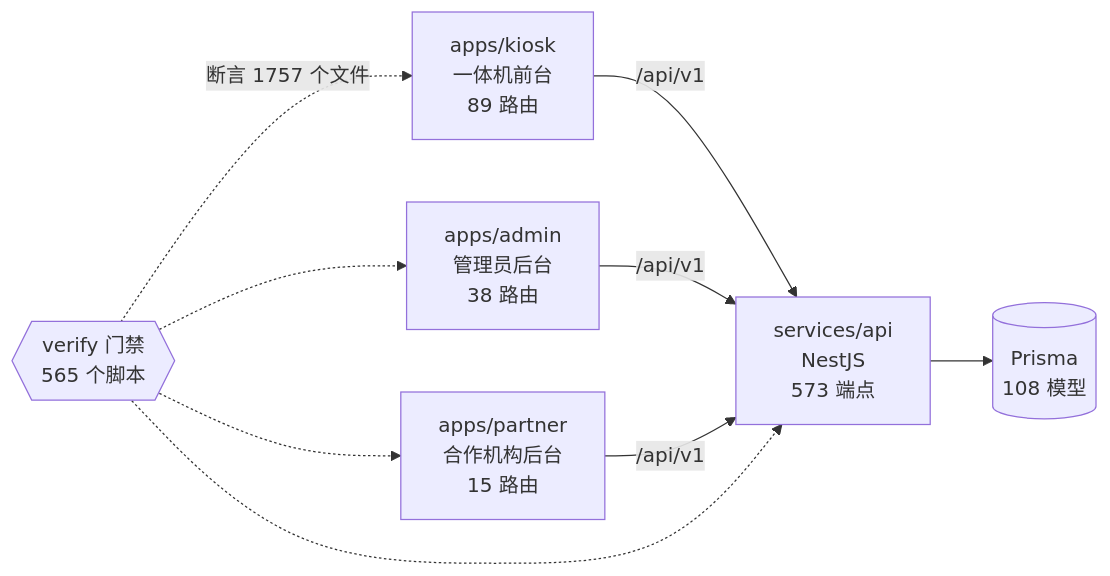
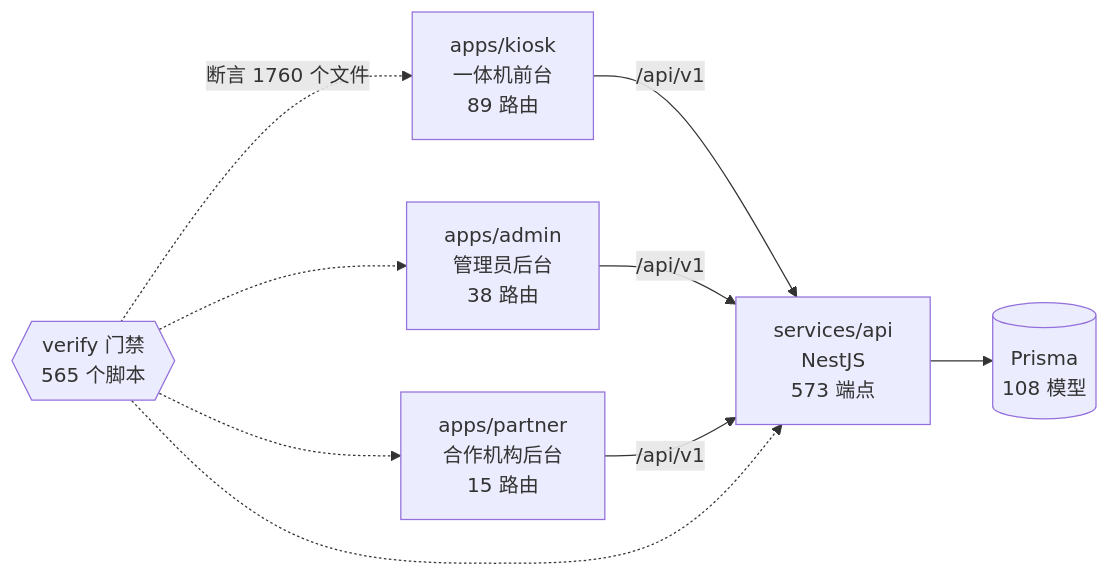
The diagram in docs/graph/README.md (wanglei581/YITIJI), drawn with Mermaid before and after one commit. The commit also changed other lines of this file and 1 other file, not shown here.

Commit message:
chore(graph): 并入候选后重生图谱

````diff
--- a/docs/graph/README.md
+++ b/docs/graph/README.md
@@ -68,18 +68,18 @@
 ```mermaid
 flowchart LR
   kiosk["apps/kiosk<br/>一体机前台<br/>89 路由"]
   admin["apps/admin<br/>管理员后台<br/>38 路由"]
   partner["apps/partner<br/>合作机构后台<br/>15 路由"]
   api["services/api<br/>NestJS<br/>573 端点"]
   db[("Prisma<br/>108 模型")]
   gates{{"verify 门禁<br/>565 个脚本"}}
 
   kiosk -->|"/api/v1"| api
   admin -->|"/api/v1"| api
   partner -->|"/api/v1"| api
   api --> db
-  gates -.->|"断言 1757 个文件"| kiosk
+  gates -.->|"断言 1760 个文件"| kiosk
   gates -.-> admin
   gates -.-> partner
   gates -.-> api
 ```
````
